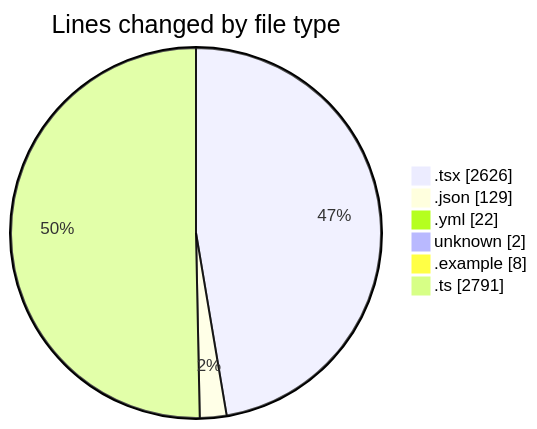
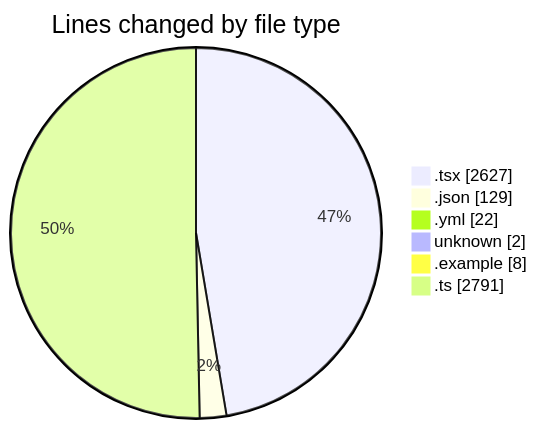
The first of 2 diagrams in 2025-11-21/eventscop-frontend-guide__workspace_/README.md (julien-gomy/code-tracking), drawn with Mermaid before and after one commit. The commit also changed other lines of this file and 1 other file, not shown here.

````diff
--- a/2025-11-21/eventscop-frontend-guide__workspace_/README.md
+++ b/2025-11-21/eventscop-frontend-guide__workspace_/README.md
@@ -59,10 +59,10 @@
 ```mermaid
 pie showData
 title Lines changed by file type
-".tsx" : 2626
+".tsx" : 2627
 ".json" : 129
 ".yml" : 22
 "unknown" : 2
 ".example" : 8
 ".ts" : 2791
 ```
````
